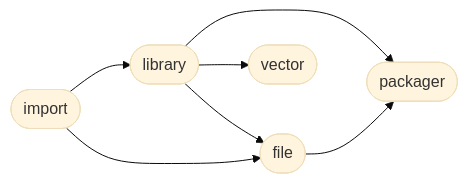
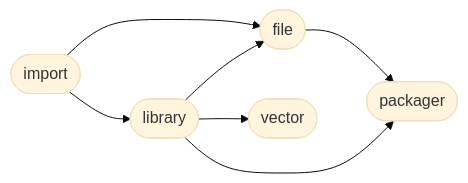
One commit to Mandera/Mandera changed the diagram in README.md. Above: the diagram before and after it, drawn with Mermaid (base theme). The commit also changed other lines of this file, not shown here.

````diff
--- a/README.md
+++ b/README.md
@@ -7,14 +7,14 @@
 ```mermaid
 flowchart LR
+2([file]) --> 4([packager])
+0([import]) --> 2([file])
+1([library]) --> 4([packager])
 1([library]) --> 2([file])
-0([import]) --> 2([file])
+0([import]) --> 1([library])
 1([library]) --> 3([vector])
-1([library]) --> 4([packager])
-0([import]) --> 1([library])
-2([file]) --> 4([packager])
 click 0 "https://github.com/ManderaGeneral/generalimport"
 click 1 "https://github.com/ManderaGeneral/generallibrary"
 click 2 "https://github.com/ManderaGeneral/generalfile"
 click 3 "https://github.com/ManderaGeneral/generalvector"
 click 4 "https://github.com/ManderaGeneral/generalpackager"
 ```
````
